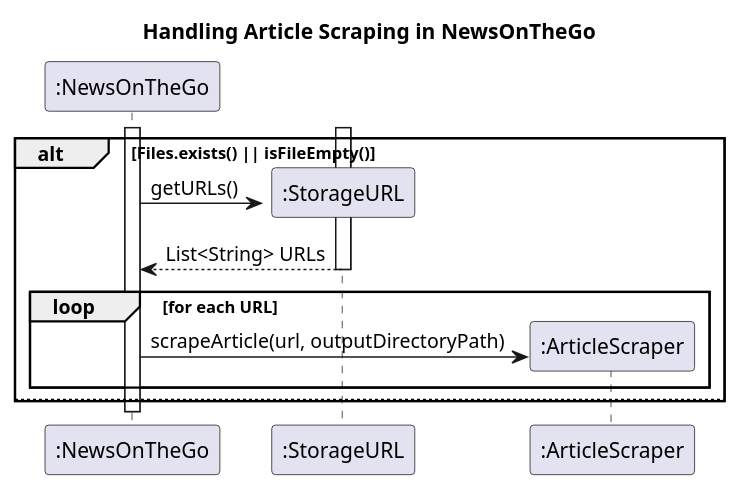
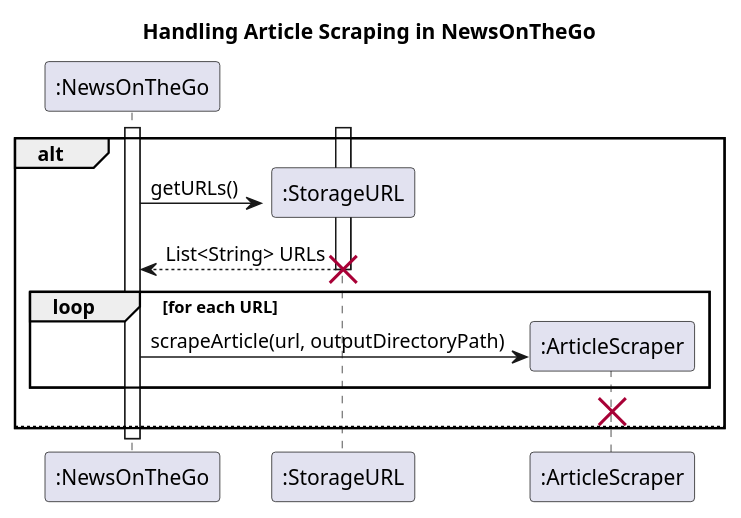
Before and after one commit to AhmedShaiyan/tp: the diagram in docs/UML_Diagrams/ArticleScraperSequence.puml, drawn with PlantUML. The commit also changed 8 other files, not shown here.

```diff
--- a/docs/UML_Diagrams/ArticleScraperSequence.puml
+++ b/docs/UML_Diagrams/ArticleScraperSequence.puml
@@ -1,32 +1,32 @@
 @startuml
 title Handling Article Scraping in NewsOnTheGo
 
 create ":NewsOnTheGo"
 activate ":NewsOnTheGo"
 
- alt Files.exists() || isFileEmpty()
+ alt
 
     ' If the file does not exist or is empty
     create ":StorageURL"
     activate ":StorageURL"
 
     ' NewsOnTheGo requests a list of URLs from StorageURL
     ":NewsOnTheGo" -> ":StorageURL" : getURLs()
     ":StorageURL" --> ":NewsOnTheGo" : List<String> URLs
-    deactivate ":StorageURL"
+    destroy ":StorageURL"
 
     ' Create an instance of ArticleScraper for scraping articles
     create ":ArticleScraper"
 
     ' Loop through each URL in the list and scrape articles
     loop for each URL
         ":NewsOnTheGo" -> ":ArticleScraper" : scrapeArticle(url, outputDirectoryPath)
     end
-    deactivate ":ArticleScraper"
+    destroy ":ArticleScraper"
 
 else
 
 end
 
 deactivate ":NewsOnTheGo"
 @enduml
```
